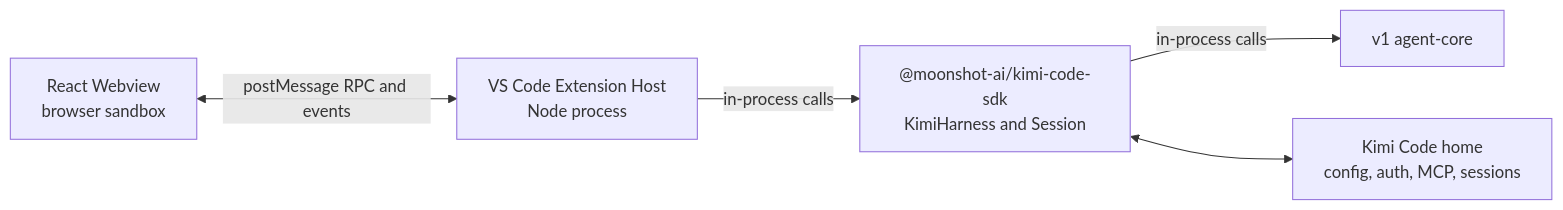
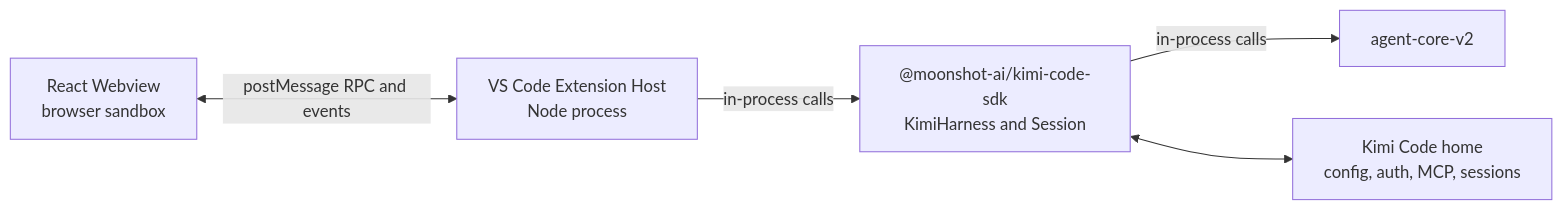
Before and after one commit to MoonshotAI/kimi-code: the diagram in apps/vscode/docs/node-sdk-migration.md, drawn with Mermaid. The commit also changed other lines of this file and 875 other files, not shown here.

First line of the commit message:
refactor: remove the legacy agent-core v1 package

````diff
--- a/apps/vscode/docs/node-sdk-migration.md
+++ b/apps/vscode/docs/node-sdk-migration.md
@@ -57,13 +57,13 @@
 ```mermaid
 flowchart LR
   UI["React Webview<br/>browser sandbox"]
   Host["VS Code Extension Host<br/>Node process"]
   SDK["@moonshot-ai/kimi-code-sdk<br/>KimiHarness and Session"]
-  Core["v1 agent-core"]
+  Core["agent-core-v2"]
   Home["Kimi Code home<br/>config, auth, MCP, sessions"]
 
   UI <-->|"postMessage RPC and events"| Host
   Host -->|"in-process calls"| SDK
   SDK -->|"in-process calls"| Core
   SDK <--> Home
 ```
````
